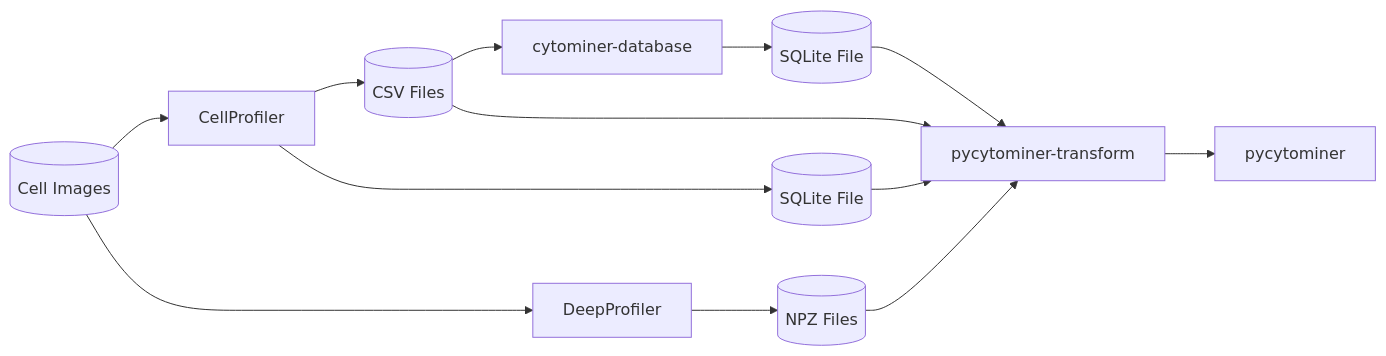
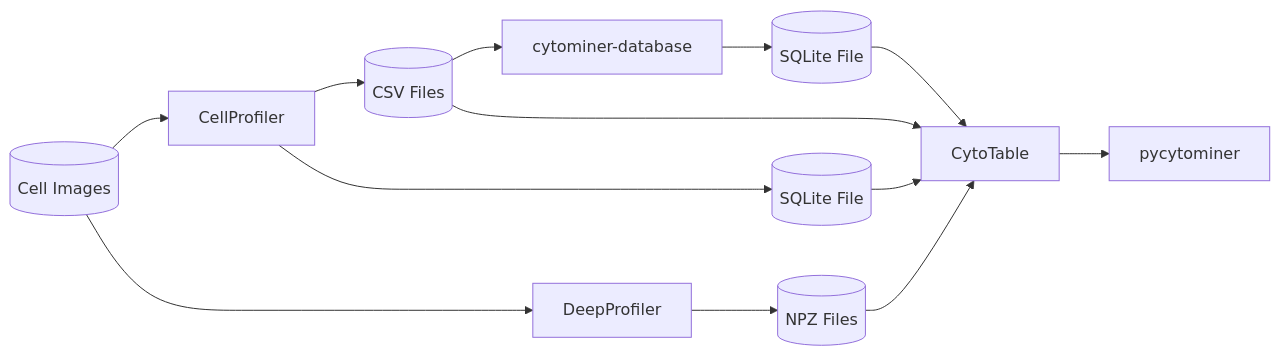
Before and after one commit to cytomining/CytoTable: the diagram in docs/source/_static/dataflow.mmd, drawn with Mermaid. The commit also changed 20 other files, not shown here.

```diff
--- a/docs/source/_static/dataflow.mmd
+++ b/docs/source/_static/dataflow.mmd
@@ -1,25 +1,25 @@
 flowchart LR
 
     images[(Cell Images)]
     CellProfiler
     csv[(CSV Files)]
     DeepProfiler
     npz[(NPZ Files)]
     cytominer-database
     sqlite[(SQLite File)]
     cp_sqlite[(SQLite File)]
     pycytominer
-    pycytominer-transform
+    CytoTable
 
     images --> CellProfiler
     images --> DeepProfiler
     CellProfiler --> csv
     CellProfiler --> cp_sqlite
     DeepProfiler --> npz
     csv --> cytominer-database
     cytominer-database --> sqlite
-    csv --> pycytominer-transform
-    npz --> pycytominer-transform
-    sqlite --> pycytominer-transform
-    cp_sqlite --> pycytominer-transform
-    pycytominer-transform --> pycytominer
+    csv --> CytoTable
+    npz --> CytoTable
+    sqlite --> CytoTable
+    cp_sqlite --> CytoTable
+    CytoTable --> pycytominer
```
